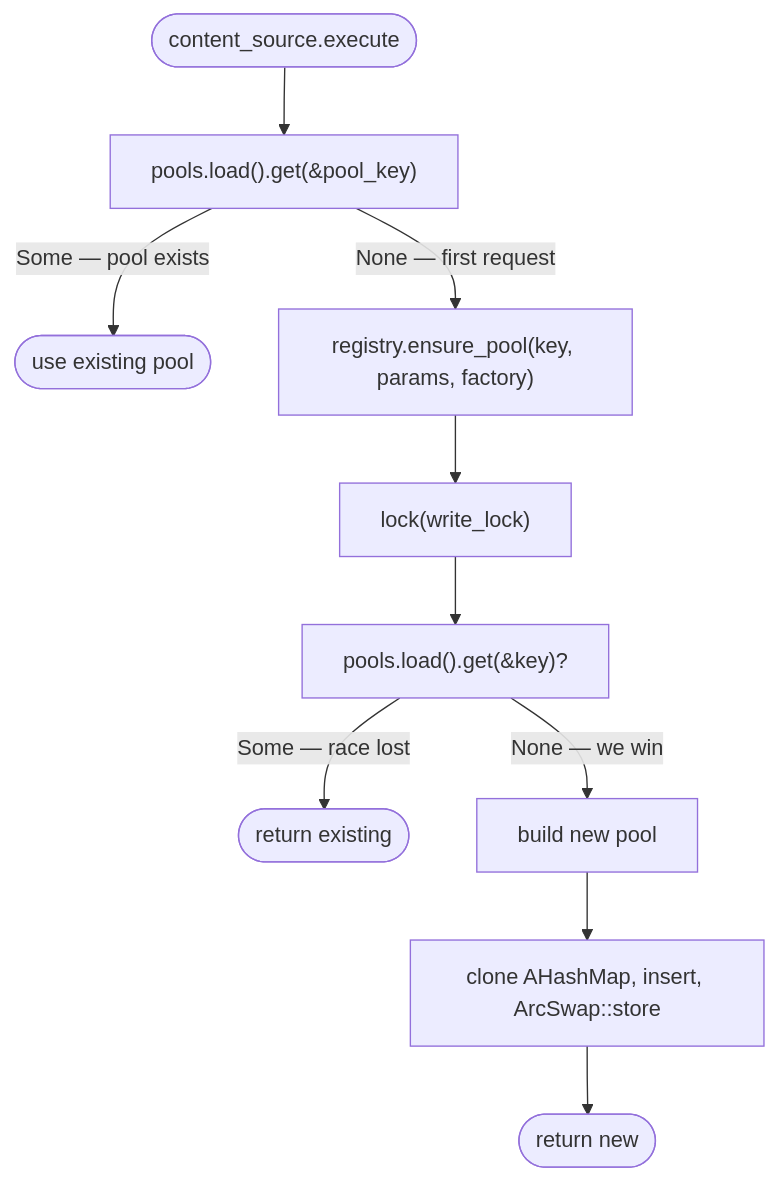
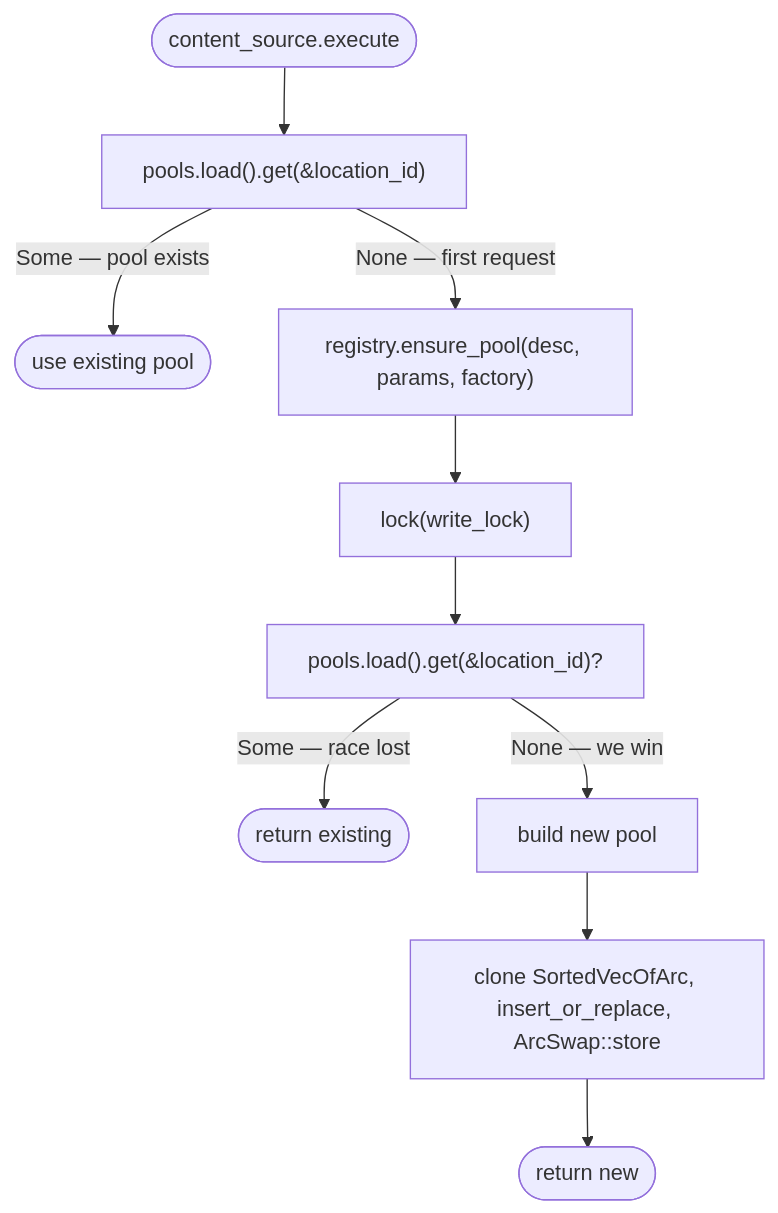
One commit to MyJetTools/my-reverse-proxy changed the first of 2 diagrams in docs/pool-lifecycle.md. Above: the diagram before and after it, drawn with Mermaid. The commit also changed other lines of this file and 23 other files, not shown here.

````diff
--- a/docs/pool-lifecycle.md
+++ b/docs/pool-lifecycle.md
@@ -30,12 +34,12 @@
 ```mermaid
 flowchart TD
-    Start([content_source.execute]) --> Get["pools.load().get(&pool_key)"]
+    Start([content_source.execute]) --> Get["pools.load().get(&location_id)"]
     Get -->|Some — pool exists| Use([use existing pool])
-    Get -->|None — first request| Ensure["registry.ensure_pool(key, params, factory)"]
+    Get -->|None — first request| Ensure["registry.ensure_pool(desc, params, factory)"]
     Ensure --> Lock["lock(write_lock)"]
-    Lock --> Recheck["pools.load().get(&key)?"]
+    Lock --> Recheck["pools.load().get(&location_id)?"]
     Recheck -->|Some — race lost| Return1([return existing])
     Recheck -->|None — we win| Build["build new pool"]
-    Build --> Insert["clone AHashMap, insert, ArcSwap::store"]
+    Build --> Insert["clone SortedVecOfArc, insert_or_replace, ArcSwap::store"]
     Insert --> Return2([return new])
 ```
````
